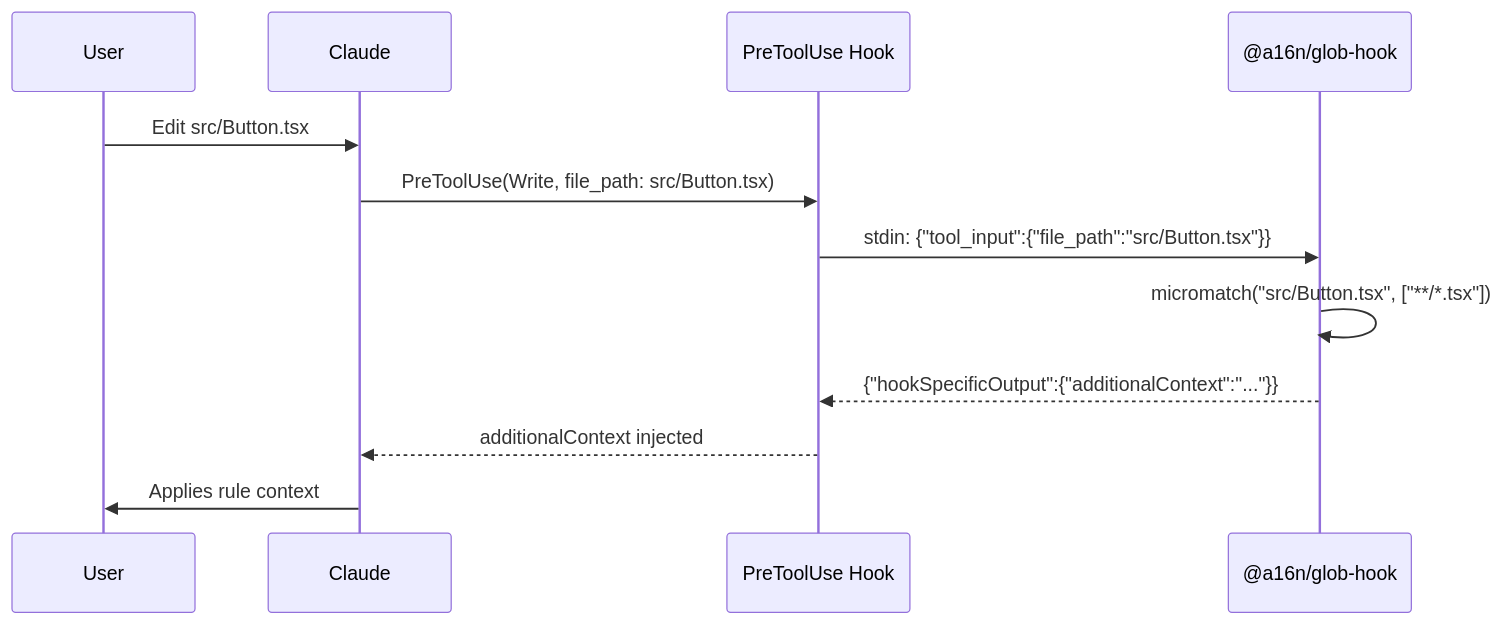
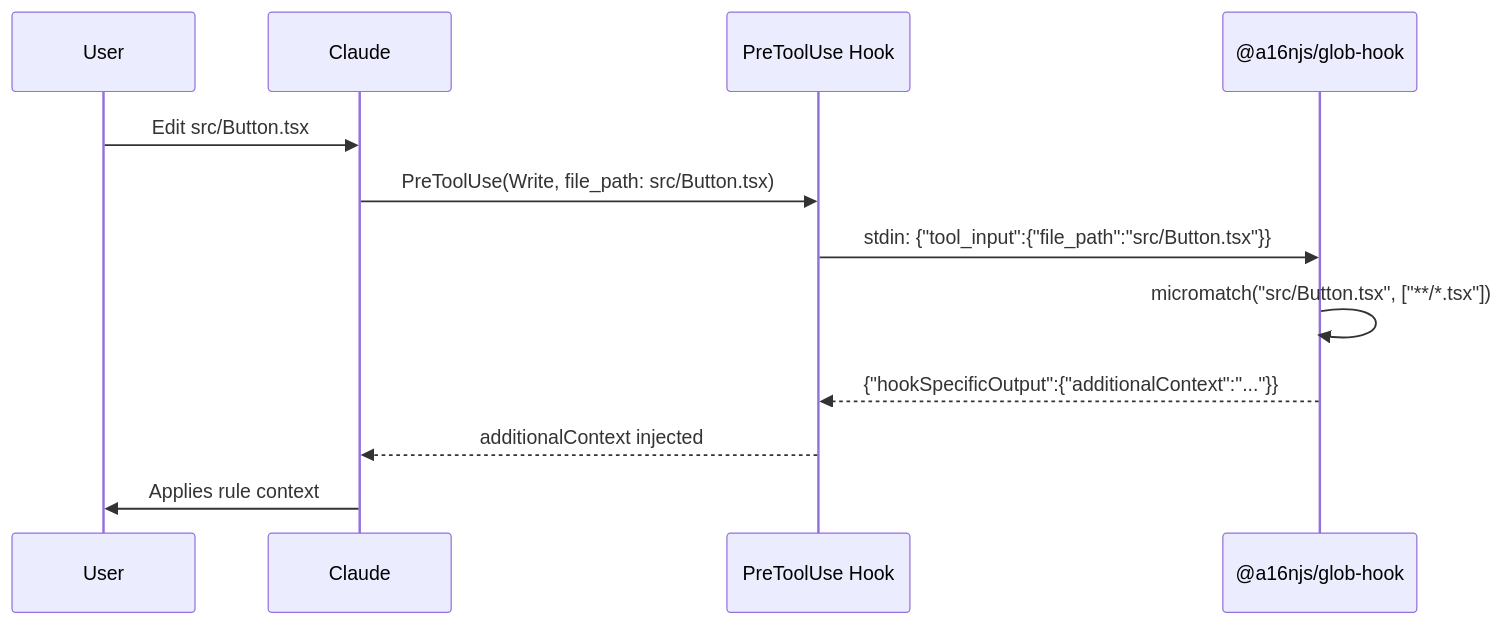
The diagram in memory-bank/techContext.md (Texarkanine/a16n), drawn with Mermaid before and after one commit. The commit also changed other lines of this file and 50 other files, not shown here.

````diff
--- a/memory-bank/techContext.md
+++ b/memory-bank/techContext.md
@@ -179,15 +179,15 @@
 ```mermaid
 sequenceDiagram
     participant User
     participant Claude
     participant Hook as PreToolUse Hook
-    participant GlobHook as @a16n/glob-hook
+    participant GlobHook as @a16njs/glob-hook
     
     User->>Claude: Edit src/Button.tsx
     Claude->>Hook: PreToolUse(Write, file_path: src/Button.tsx)
     Hook->>GlobHook: stdin: {"tool_input":{"file_path":"src/Button.tsx"}}
     GlobHook->>GlobHook: micromatch("src/Button.tsx", ["**/*.tsx"])
     GlobHook-->>Hook: {"hookSpecificOutput":{"additionalContext":"..."}}
     Hook-->>Claude: additionalContext injected
     Claude->>User: Applies rule context
 ```
````
